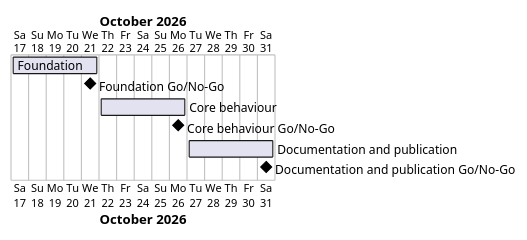
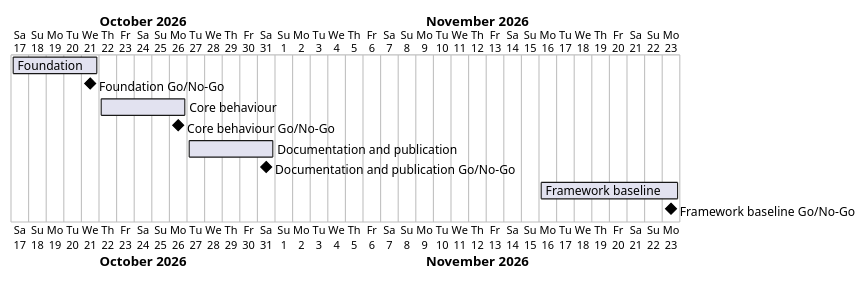
One commit to Tirsvad-Udemy-100-days-of-code/032-monday-motivation changed the diagram in docs/project-plan.md. Above: the diagram before and after it, drawn with PlantUML. The commit also changed other lines of this file and 15 other files, not shown here.

First line of the commit message:
MIL-004: bring the project to the framework baseline

````diff
--- a/docs/project-plan.md
+++ b/docs/project-plan.md
@@ -39,11 +42,13 @@
 ```plantuml
 @startgantt
 Project starts 2026-10-17
 [Foundation] starts 2026-10-17 and ends 2026-10-21
 [Foundation Go/No-Go] happens 2026-10-21
 [Core behaviour] starts 2026-10-22 and ends 2026-10-26
 [Core behaviour Go/No-Go] happens 2026-10-26
 [Documentation and publication] starts 2026-10-27 and ends 2026-10-31
 [Documentation and publication Go/No-Go] happens 2026-10-31
+[Framework baseline] starts 2026-11-16 and ends 2026-11-23
+[Framework baseline Go/No-Go] happens 2026-11-23
 @endgantt
 ```
````
